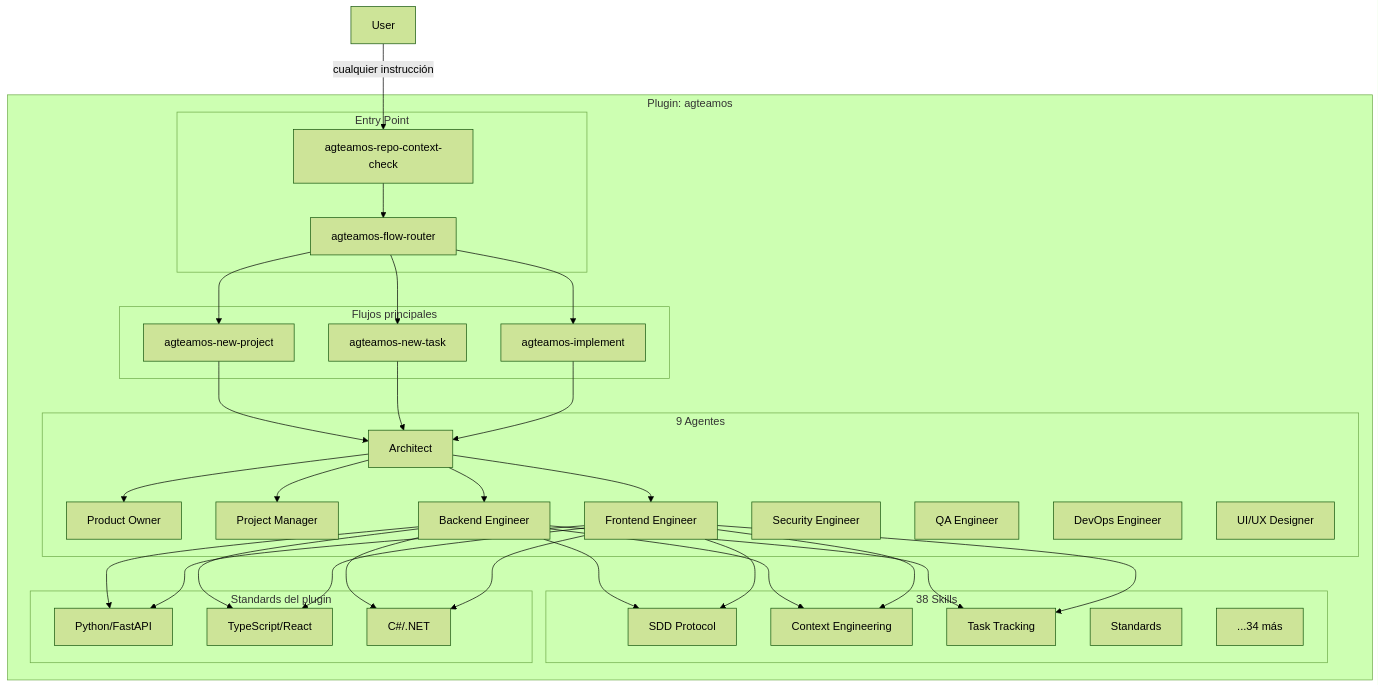
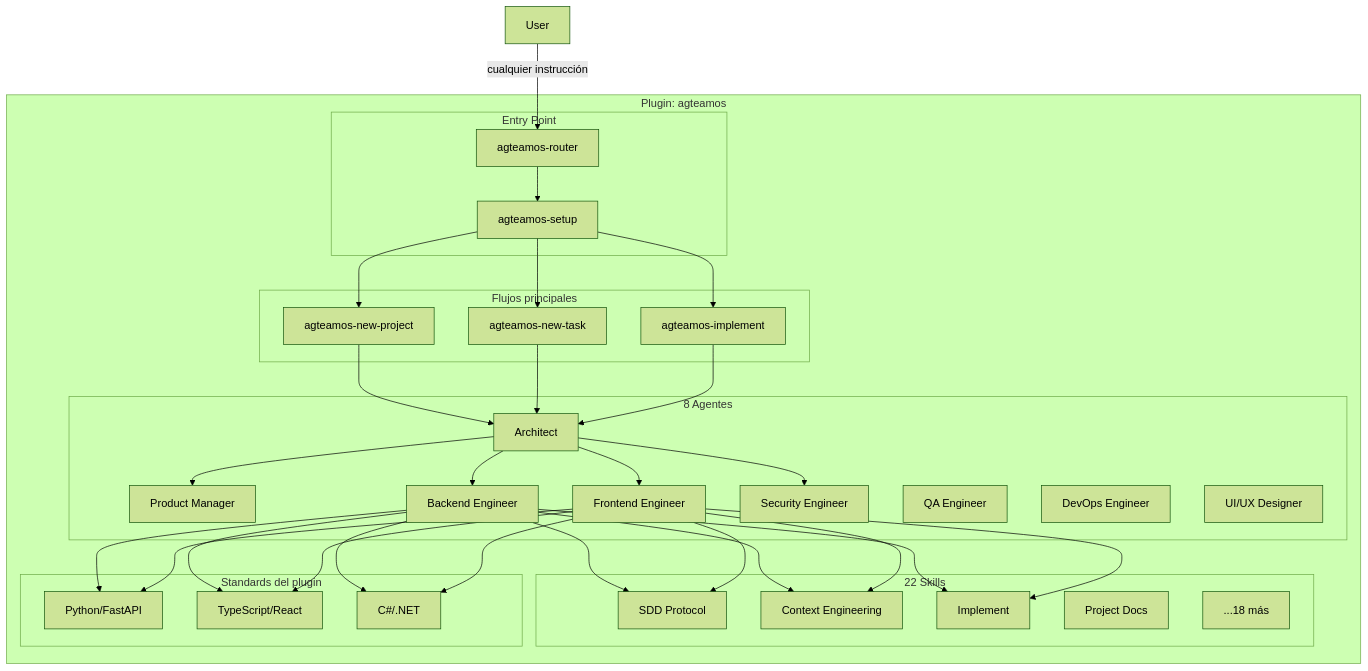
Before and after one commit to EJBereguete/claude-plugins: the second of 2 diagrams in agteamos/docs/conceptos/filosofia-y-arquitectura.md, drawn with Mermaid (forest theme). The commit also changed other lines of this file and 134 other files, not shown here.

First line of the commit message:
feat(agteamos): consolidate 46->22 skills, 9->8 agents, incremental onboarding (v1.7.0 -> v2.0.0)

````diff
--- a/agteamos/docs/conceptos/filosofia-y-arquitectura.md
+++ b/agteamos/docs/conceptos/filosofia-y-arquitectura.md
@@ -77,49 +76,48 @@
 ```mermaid
 graph TB
     subgraph "Plugin: agteamos"
         subgraph "Entry Point"
-            RC[agteamos-repo-context-check]
-            FR[agteamos-flow-router]
+            RC[agteamos-router]
+            SU[agteamos-setup]
         end
 
         subgraph "Flujos principales"
             W1[agteamos-new-project]
             W2[agteamos-new-task]
             W3[agteamos-implement]
         end
 
-        subgraph "9 Agentes"
+        subgraph "8 Agentes"
             A1[Architect]
-            A2[Product Owner]
-            A3[Project Manager]
-            A4[Backend Engineer]
-            A5[Frontend Engineer]
-            A6[Security Engineer]
-            A7[QA Engineer]
-            A8[DevOps Engineer]
-            A9[UI/UX Designer]
+            A2[Product Manager]
+            A3[Backend Engineer]
+            A4[Frontend Engineer]
+            A5[Security Engineer]
+            A6[QA Engineer]
+            A7[DevOps Engineer]
+            A8[UI/UX Designer]
         end
 
-        subgraph "38 Skills"
+        subgraph "22 Skills"
             S1[SDD Protocol]
             S2[Context Engineering]
-            S3[Task Tracking]
-            S4[Standards]
-            S5[...34 más]
+            S3[Implement]
+            S4[Project Docs]
+            S5[...18 más]
         end
 
         subgraph "Standards del plugin"
             ST1[Python/FastAPI]
             ST2[TypeScript/React]
             ST3[C#/.NET]
         end
     end
 
     User -->|cualquier instrucción| RC
-    RC --> FR
-    FR --> W1 & W2 & W3
+    RC --> SU
+    SU --> W1 & W2 & W3
     W1 & W2 & W3 --> A1
     A1 --> A2 & A3 & A4 & A5
-    A4 & A5 --> S1 & S2 & S3
-    A4 & A5 --> ST1 & ST2 & ST3
+    A3 & A4 --> S1 & S2 & S3
+    A3 & A4 --> ST1 & ST2 & ST3
 ```
````
